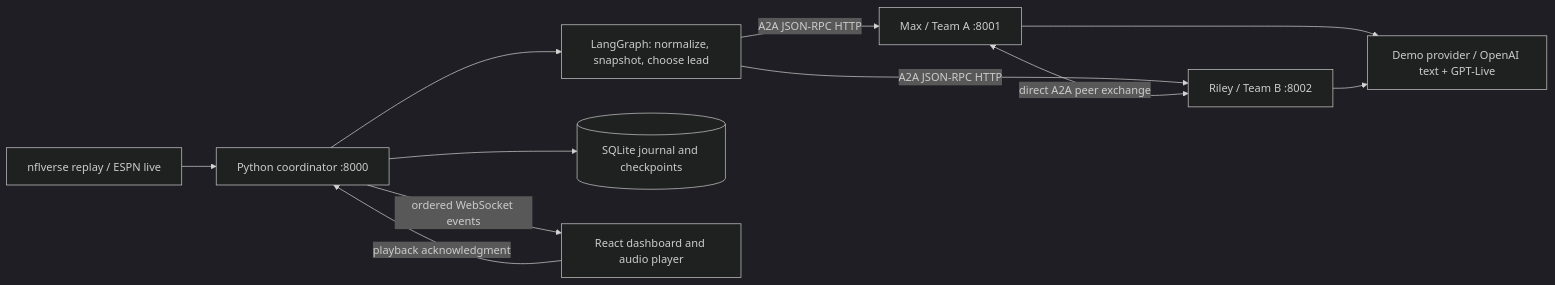
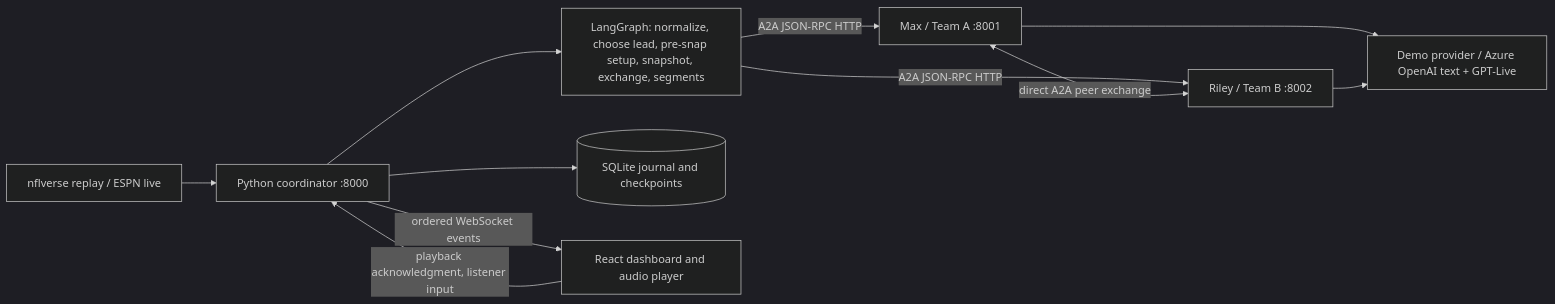
One commit to Sudeeparyan/banterbots changed the diagram in docs/ARCHITECTURE.md. Above: the diagram before and after it, drawn with Mermaid (dark theme). The commit also changed other lines of this file and 67 other files, not shown here.

````diff
--- a/docs/ARCHITECTURE.md
+++ b/docs/ARCHITECTURE.md
@@ -3,13 +3,13 @@
 ```mermaid
 flowchart LR
   Feed[nflverse replay / ESPN live] --> API[Python coordinator :8000]
-  API --> Graph[LangGraph: normalize, snapshot, choose lead]
+  API --> Graph[LangGraph: normalize, choose lead, pre-snap setup, snapshot, exchange, segments]
   Graph -->|A2A JSON-RPC HTTP| A[Max / Team A :8001]
   Graph -->|A2A JSON-RPC HTTP| B[Riley / Team B :8002]
   A <-->|direct A2A peer exchange| B
-  A --> Models[Demo provider / OpenAI text + GPT-Live]
+  A --> Models[Demo provider / Azure OpenAI text + GPT-Live]
   B --> Models
   API --> Journal[(SQLite journal and checkpoints)]
   API -->|ordered WebSocket events| UI[React dashboard and audio player]
-  UI -->|playback acknowledgment| API
+  UI -->|playback acknowledgment, listener input| API
 ```
````
